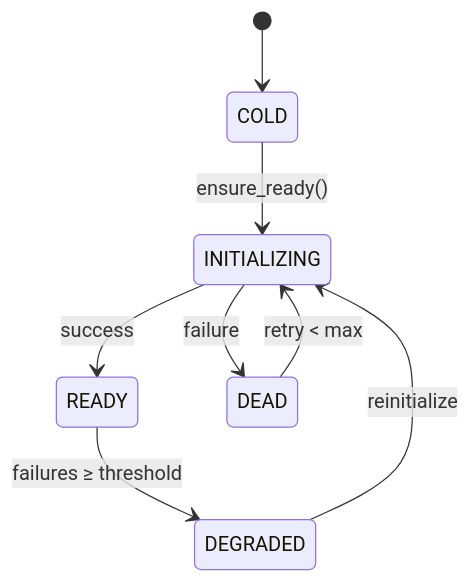
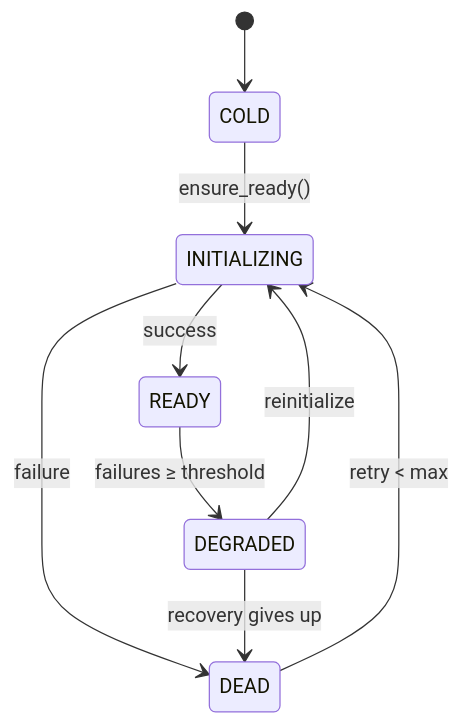
Before and after one commit to mcp-hangar/docs: the second of 2 diagrams in architecture/OVERVIEW.md, drawn with Mermaid. The commit also changed other lines of this file and 2 other files, not shown here.

First line of the commit message:
docs(architecture): verify the architecture pages against 2.24.0 (#407)

````diff
--- a/architecture/OVERVIEW.md
+++ b/architecture/OVERVIEW.md
@@ -241,10 +244,11 @@
 ```mermaid
 stateDiagram-v2
     [*] --> COLD
     COLD --> INITIALIZING: ensure_ready()
     INITIALIZING --> READY: success
     INITIALIZING --> DEAD: failure
     READY --> DEGRADED: failures ≥ threshold
     DEGRADED --> INITIALIZING: reinitialize
+    DEGRADED --> DEAD: recovery gives up
     DEAD --> INITIALIZING: retry < max
 ```
````
